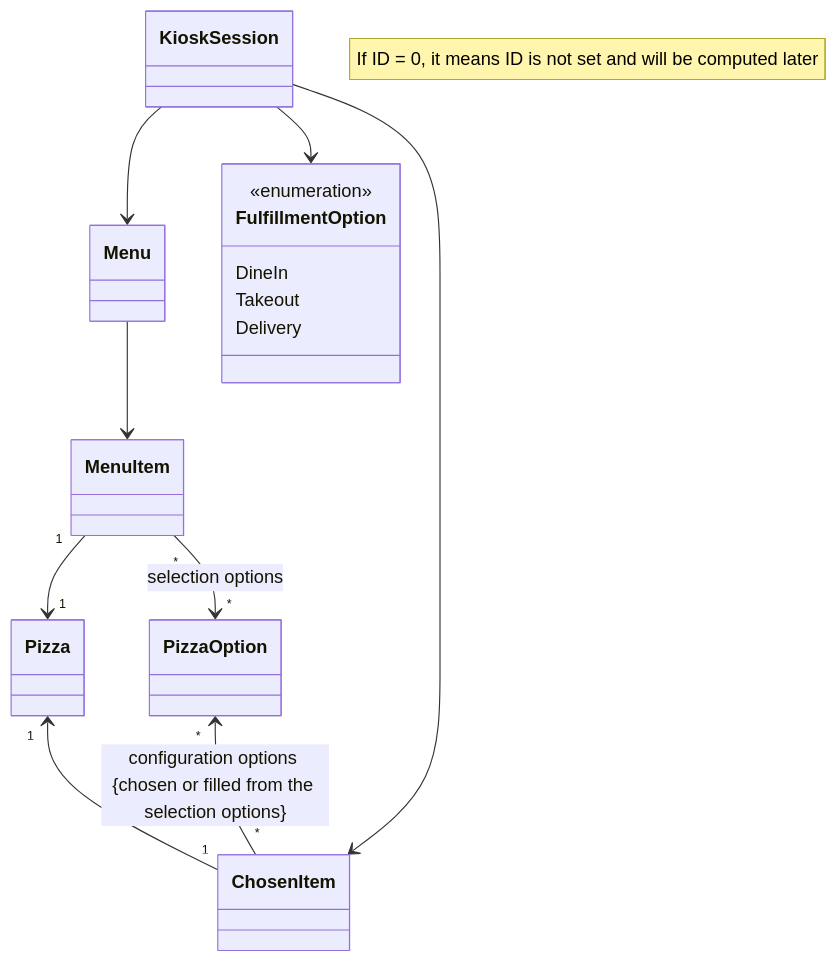
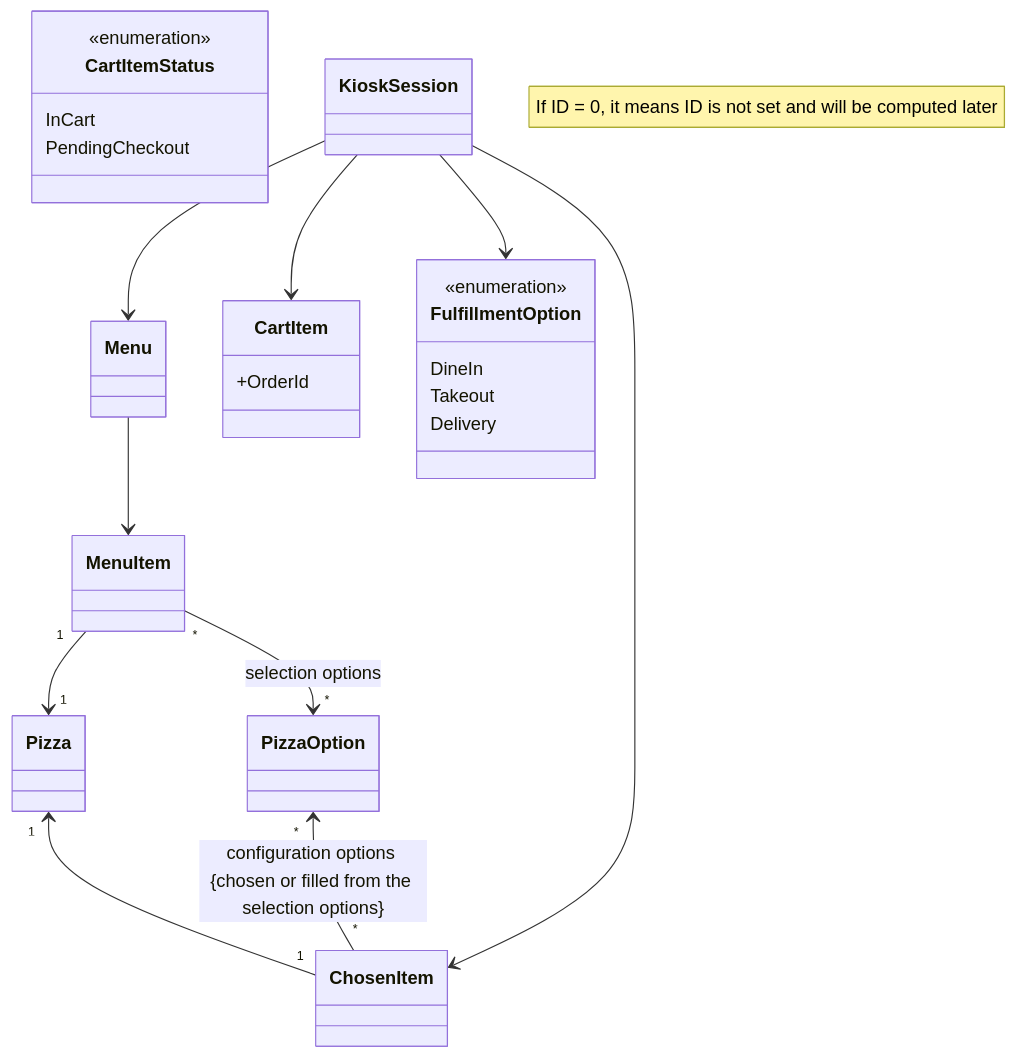
Before and after one commit to ekral/Utb.PizzaKiosk: the diagram in README.md, drawn with Mermaid.

````diff
--- a/README.md
+++ b/README.md
@@ -160,25 +160,37 @@
 ```mermaid
  classDiagram
    note "If ID = 0, it means ID is not set and will be computed later"
    %% direction LR
    class PizzaOption
    class Pizza
    class MenuItem
    class Menu
    class ChosenItem
+
+   class CartItemStatus{
+      <<enumeration>>
+      InCart
+      PendingCheckout
+   }
+
+   class CartItem{
+      +OrderId
+   }
+
    class FulfillmentOption{
       <<enumeration>>
       DineIn
       Takeout
       Delivery
    }
    class KioskSession
    MenuItem "1" --> "1"  Pizza
    Pizza "1" <-- "1"  ChosenItem
    MenuItem "*" --> "*"  PizzaOption : selection options
    PizzaOption "*" <-- "*" ChosenItem : configuration options {chosen or filled from the selection options}
    Menu --> MenuItem
+   KioskSession --> Menu
+   KioskSession --> FulfillmentOption
    KioskSession --> ChosenItem
-   KioskSession --> FulfillmentOption
-   KioskSession --> Menu
+   KioskSession --> CartItem
 ```
````
